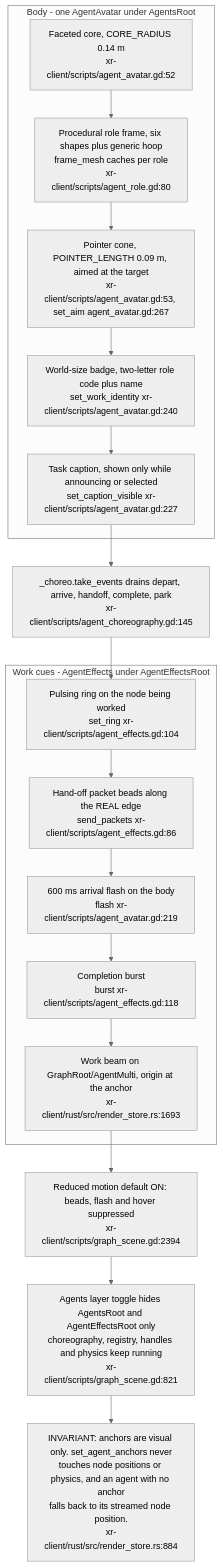
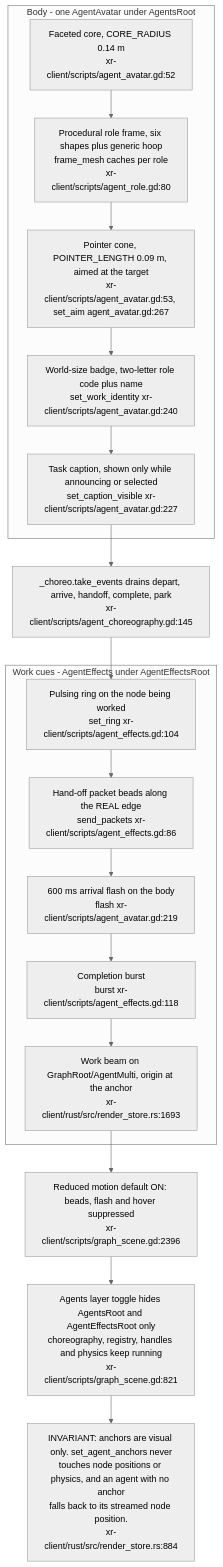
Diagram 23 of 23 in docs/diagrams/visionclaw/36-godot-xr-client.md (DreamLab-AI/VisionFlow), drawn with Mermaid (neutral theme) before and after one commit. The commit also changed other lines of this file and 111 other files, not shown here.

Commit message:
docs(diagrams): align estate maps with current source

````diff
--- a/docs/diagrams/visionclaw/36-godot-xr-client.md
+++ b/docs/diagrams/visionclaw/36-godot-xr-client.md
@@ -1006,25 +1006,25 @@
 ```mermaid
 flowchart TB
     subgraph body["Body - one AgentAvatar under AgentsRoot"]
         CORE["Faceted core, CORE_RADIUS 0.14 m<br/>xr-client/scripts/agent_avatar.gd:52"]
         FRAME["Procedural role frame, six shapes plus generic hoop<br/>frame_mesh caches per role<br/>xr-client/scripts/agent_role.gd:80"]
         PTR["Pointer cone, POINTER_LENGTH 0.09 m, aimed at the target<br/>xr-client/scripts/agent_avatar.gd:53, set_aim agent_avatar.gd:267"]
         BADGE["World-size badge, two-letter role code plus name<br/>set_work_identity xr-client/scripts/agent_avatar.gd:240"]
         CAP["Task caption, shown only while announcing or selected<br/>set_caption_visible xr-client/scripts/agent_avatar.gd:227"]
     end
     subgraph fx["Work cues - AgentEffects under AgentEffectsRoot"]
         RING["Pulsing ring on the node being worked<br/>set_ring xr-client/scripts/agent_effects.gd:104"]
         BEADS["Hand-off packet beads along the REAL edge<br/>send_packets xr-client/scripts/agent_effects.gd:86"]
         FLASH["600 ms arrival flash on the body<br/>flash xr-client/scripts/agent_avatar.gd:219"]
         BURST["Completion burst<br/>burst xr-client/scripts/agent_effects.gd:118"]
         BEAM["Work beam on GraphRoot/AgentMulti, origin at the anchor<br/>xr-client/rust/src/render_store.rs:1693"]
     end
     EV["_choreo.take_events drains depart, arrive, handoff, complete, park<br/>xr-client/scripts/agent_choreography.gd:145"]
-    RM["Reduced motion default ON: beads, flash and hover suppressed<br/>xr-client/scripts/graph_scene.gd:2394"]
+    RM["Reduced motion default ON: beads, flash and hover suppressed<br/>xr-client/scripts/graph_scene.gd:2396"]
     TOG["Agents layer toggle hides AgentsRoot and AgentEffectsRoot only<br/>choreography, registry, handles and physics keep running<br/>xr-client/scripts/graph_scene.gd:821"]
     CORE --> FRAME --> PTR --> BADGE --> CAP
     CAP --> EV
     EV --> RING --> BEADS --> FLASH --> BURST --> BEAM
     BEAM --> RM --> TOG
     TOG --> INV["INVARIANT: anchors are visual only. set_agent_anchors never<br/>touches node positions or physics, and an agent with no anchor<br/>falls back to its streamed node position.<br/>xr-client/rust/src/render_store.rs:884"]
 ```
````
